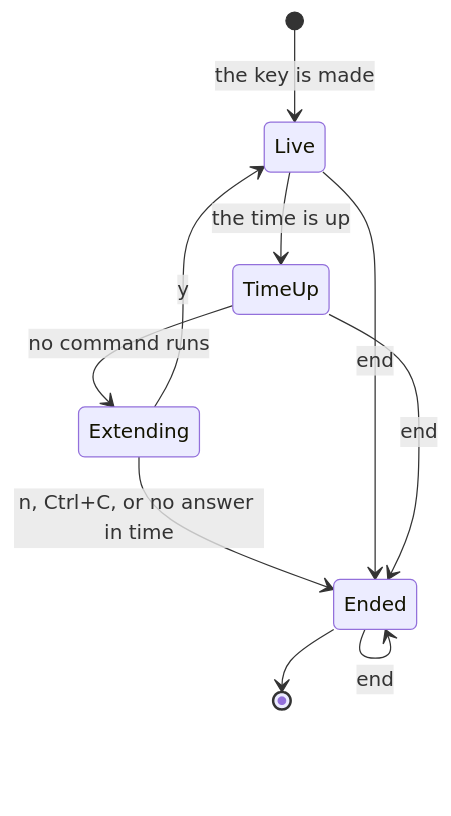
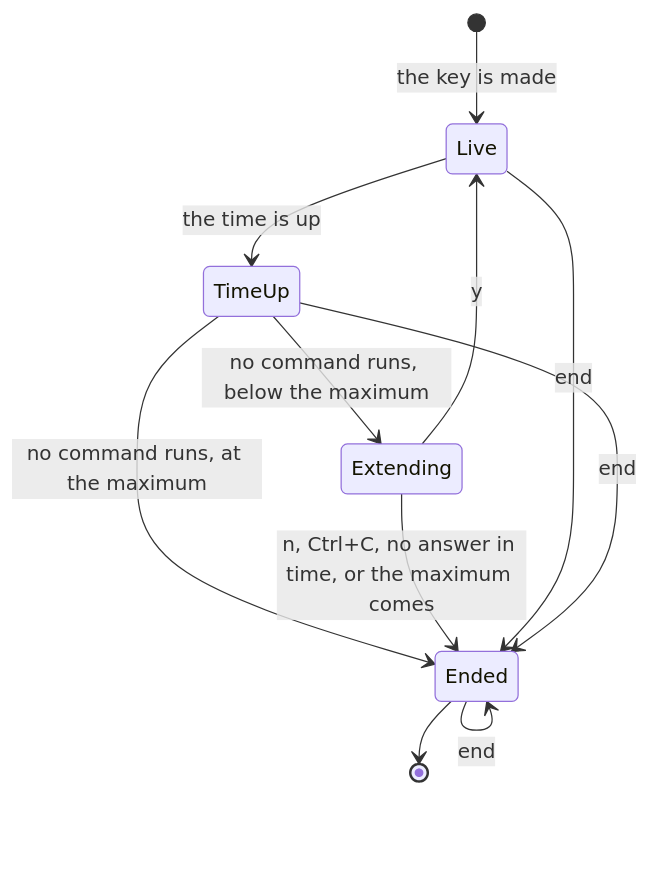
Before and after one commit to kdop/gangway: the third of 6 diagrams in design.md, drawn with Mermaid. The commit also changed other lines of this file and 22 other files, not shown here.

````diff
--- a/design.md
+++ b/design.md
@@ -532,12 +536,13 @@
 ```mermaid
 stateDiagram-v2
   [*] --> Live: the key is made
   Live --> TimeUp: the time is up
-  TimeUp --> Extending: no command runs
+  TimeUp --> Extending: no command runs, below the maximum
+  TimeUp --> Ended: no command runs, at the maximum
   Extending --> Live: y
-  Extending --> Ended: n, Ctrl+C, or no answer in time
+  Extending --> Ended: n, Ctrl+C, no answer in time, or the maximum comes
   Live --> Ended: end
   TimeUp --> Ended: end
   Ended --> Ended: end
   Ended --> [*]
 ```
````
